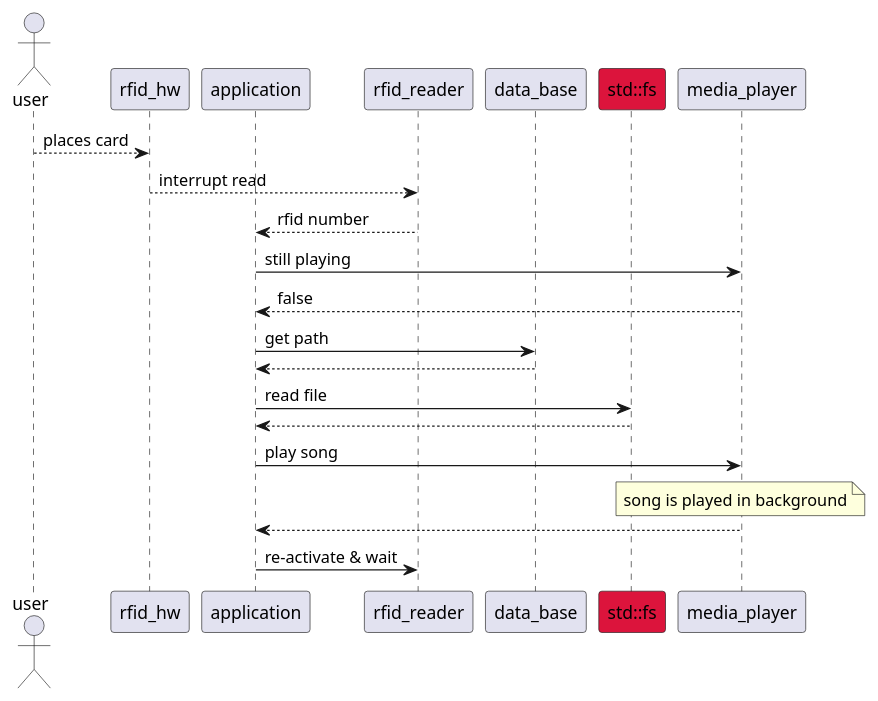
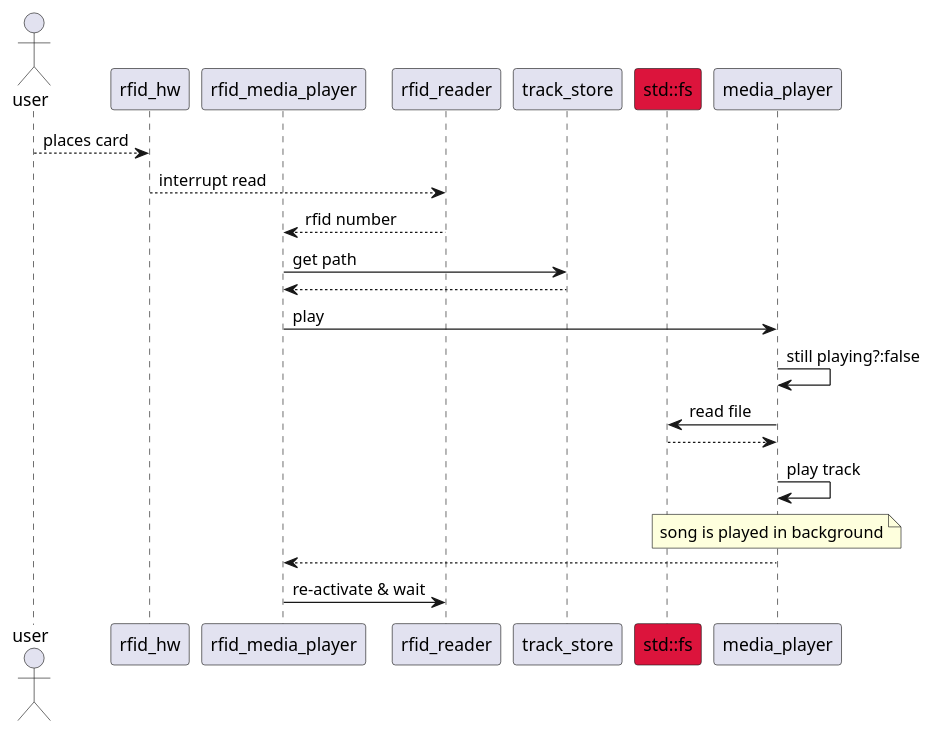
The second of 3 diagrams in Readme.md (rusty-octopus/rfid_media_player), drawn with PlantUML before and after one commit. The commit also changed other lines of this file and 9 other files, not shown here.

Commit message:
Documentation of workspace & rfid_media_player.

````diff
--- a/Readme.md
+++ b/Readme.md
@@ -60,25 +76,25 @@
 ```plantuml
 actor user
 participant rfid_hw
-participant application
+participant rfid_media_player
 participant rfid_reader
-participant data_base
+participant track_store
 participant "std::fs" as file #Crimson
 participant media_player
 
 user --> rfid_hw: places card
 rfid_hw --> rfid_reader: interrupt read
-rfid_reader --> application: rfid number
-application -> media_player: still playing
-media_player --> application: false 
-application -> data_base: get path
-data_base --> application
-application -> file: read file
-file --> application
-application -> media_player: play song
+rfid_reader --> rfid_media_player: rfid number
+rfid_media_player -> track_store: get path
+track_store --> rfid_media_player
+rfid_media_player -> media_player: play
+media_player -> media_player: still playing?:false 
+media_player -> file: read file
+file --> media_player
+media_player -> media_player: play track
 note over media_player
 song is played in background
 end note
-media_player --> application
-application -> rfid_reader: re-activate & wait
+media_player --> rfid_media_player
+rfid_media_player -> rfid_reader: re-activate & wait
 ```
````
